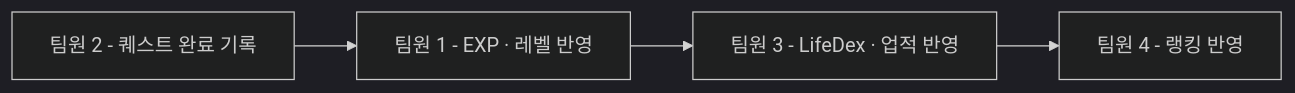
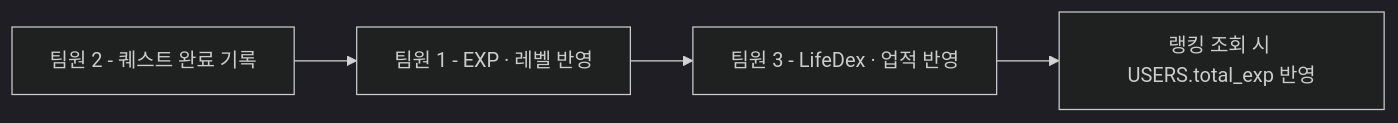
The diagram in docs/06-team-roles.md (mahoora0/LifeQuest), drawn with Mermaid (dark theme) before and after one commit. The commit also changed other lines of this file and 6 other files, not shown here.

````diff
--- a/docs/06-team-roles.md
+++ b/docs/06-team-roles.md
@@ -25,6 +25,6 @@
 ```mermaid
 flowchart LR
     M2["팀원 2 - 퀘스트 완료 기록"] --> M1["팀원 1 - EXP · 레벨 반영"]
     M1 --> M3["팀원 3 - LifeDex · 업적 반영"]
-    M3 --> M4["팀원 4 - 랭킹 반영"]
+    M3 --> M4["랭킹 조회 시 USERS.total_exp 반영"]
 ```
````
